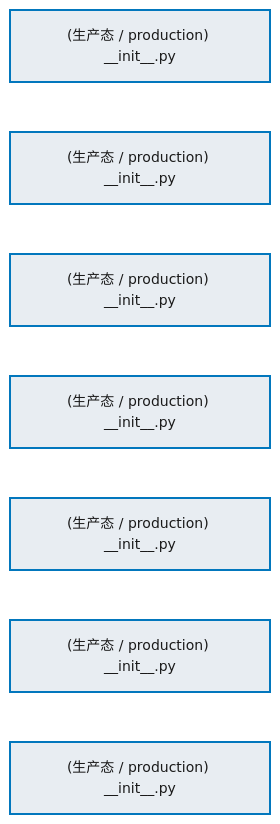
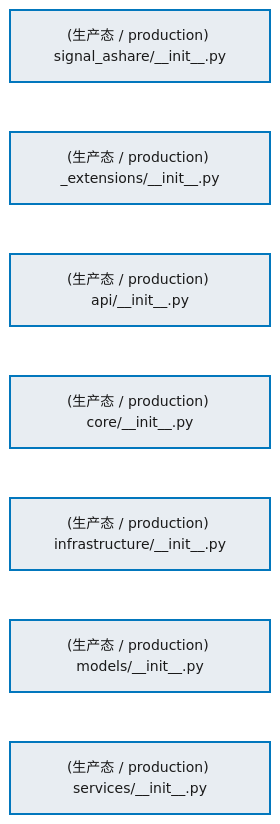
The first of 3 diagrams in docs/02_enterprise_architecture/02_domain_architecture_docs/32_d_ashare_signal.md (xuanFelixVan/ZephyrAlpha), drawn with Mermaid before and after one commit. The commit also changed other lines of this file and 63 other files, not shown here.

````diff
--- a/docs/02_enterprise_architecture/02_domain_architecture_docs/32_d_ashare_signal.md
+++ b/docs/02_enterprise_architecture/02_domain_architecture_docs/32_d_ashare_signal.md
@@ -67,22 +67,22 @@
 ```mermaid
 %%{init: {'theme': 'base', 'themeVariables': {'primaryColor': '#eaeaea', 'primaryTextColor': '#333333', 'primaryBorderColor': '#666666', 'lineColor': '#666666', 'secondaryColor': '#eaeaea', 'tertiaryColor': '#eaeaea', 'fontSize': '14px'}}}%%
 flowchart TD
-    src_zephyr_signal_ashare_init_py["(生产态 / production) __init__.py"]
-    src_zephyr_signal_ashare_extensions_init_py["(生产态 / production) __init__.py"]
-    src_zephyr_signal_ashare_api_init_py["(生产态 / production) __init__.py"]
-    src_zephyr_signal_ashare_core_init_py["(生产态 / production) __init__.py"]
-    src_zephyr_signal_ashare_infrastructure_init_py["(生产态 / production) __init__.py"]
-    src_zephyr_signal_ashare_models_init_py["(生产态 / production) __init__.py"]
-    src_zephyr_signal_ashare_services_init_py["(生产态 / production) __init__.py"]
+    src_zephyr_signal_ashare_init_py["(生产态 / production) signal_ashare/__init__.py"]
+    src_zephyr_signal_ashare_extensions_init_py["(生产态 / production) _extensions/__init__.py"]
+    src_zephyr_signal_ashare_api_init_py["(生产态 / production) api/__init__.py"]
+    src_zephyr_signal_ashare_core_init_py["(生产态 / production) core/__init__.py"]
+    src_zephyr_signal_ashare_infrastructure_init_py["(生产态 / production) infrastructure/__init__.py"]
+    src_zephyr_signal_ashare_models_init_py["(生产态 / production) models/__init__.py"]
+    src_zephyr_signal_ashare_services_init_py["(生产态 / production) services/__init__.py"]
     src_zephyr_signal_ashare_init_py ~~~ src_zephyr_signal_ashare_extensions_init_py
     src_zephyr_signal_ashare_extensions_init_py ~~~ src_zephyr_signal_ashare_api_init_py
     src_zephyr_signal_ashare_api_init_py ~~~ src_zephyr_signal_ashare_core_init_py
     src_zephyr_signal_ashare_core_init_py ~~~ src_zephyr_signal_ashare_infrastructure_init_py
     src_zephyr_signal_ashare_infrastructure_init_py ~~~ src_zephyr_signal_ashare_models_init_py
     src_zephyr_signal_ashare_models_init_py ~~~ src_zephyr_signal_ashare_services_init_py
     classDef production fill:#e8edf2,stroke:#0277bd,stroke-width:2px,color:#1a1a1a
     classDef design fill:#f0ebe3,stroke:#bf360c,stroke-width:2px,color:#1a1a1a,stroke-dasharray: 5 5
     classDef external_prod fill:#e8efe9,stroke:#1b5e20,stroke-width:1px,color:#1a1a1a
     classDef external_design fill:#efe5ea,stroke:#880e4f,stroke-width:1px,color:#1a1a1a,stroke-dasharray: 5 5
     class src_zephyr_signal_ashare_init_py,src_zephyr_signal_ashare_extensions_init_py,src_zephyr_signal_ashare_api_init_py,src_zephyr_signal_ashare_core_init_py,src_zephyr_signal_ashare_infrastructure_init_py,src_zephyr_signal_ashare_models_init_py,src_zephyr_signal_ashare_services_init_py production
 ```
````
